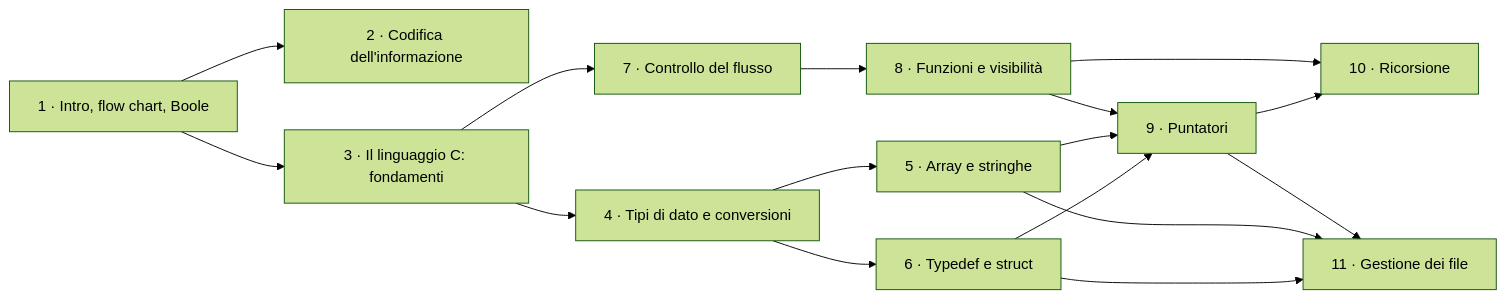
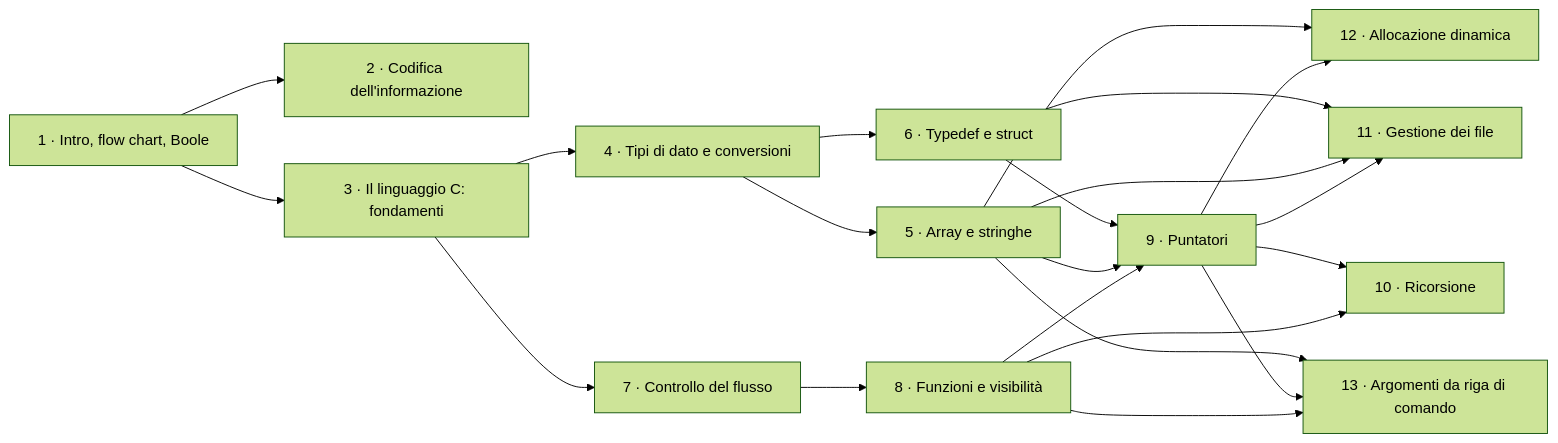
Before and after one commit to rikytomasoni-pixel/Studio: the diagram in 2026-2027/30_Fondamenti_Informatica/00_MOC_FdI.md, drawn with Mermaid (forest theme). The commit also changed other lines of this file and 14 other files, not shown here.

````diff
--- a/2026-2027/30_Fondamenti_Informatica/00_MOC_FdI.md
+++ b/2026-2027/30_Fondamenti_Informatica/00_MOC_FdI.md
@@ -55,23 +55,28 @@
 ```mermaid
 flowchart LR
     C1["1 · Intro, flow chart, Boole"] --> C2["2 · Codifica dell'informazione"]
     C1 --> C3["3 · Il linguaggio C: fondamenti"]
     C3 --> C4["4 · Tipi di dato e conversioni"]
     C4 --> C5["5 · Array e stringhe"]
     C4 --> C6["6 · Typedef e struct"]
     C3 --> C7["7 · Controllo del flusso"]
     C7 --> C8["8 · Funzioni e visibilità"]
     C8 --> C9["9 · Puntatori"]
     C5 --> C9
     C6 --> C9
     C8 --> C10["10 · Ricorsione"]
     C9 --> C10
     C9 --> C11["11 · Gestione dei file"]
     C5 --> C11
     C6 --> C11
+    C9 --> C12["12 · Allocazione dinamica"]
+    C5 --> C12
+    C8 --> C13["13 · Argomenti da riga di comando"]
+    C9 --> C13
+    C5 --> C13
 
     classDef fatto fill:#c8e6c9,stroke:#2e7d32,color:#000
     classDef corso fill:#fff3cd,stroke:#b8860b,color:#000
     %% class C1,C2 fatto
     %% class C3 corso
 ```
````
